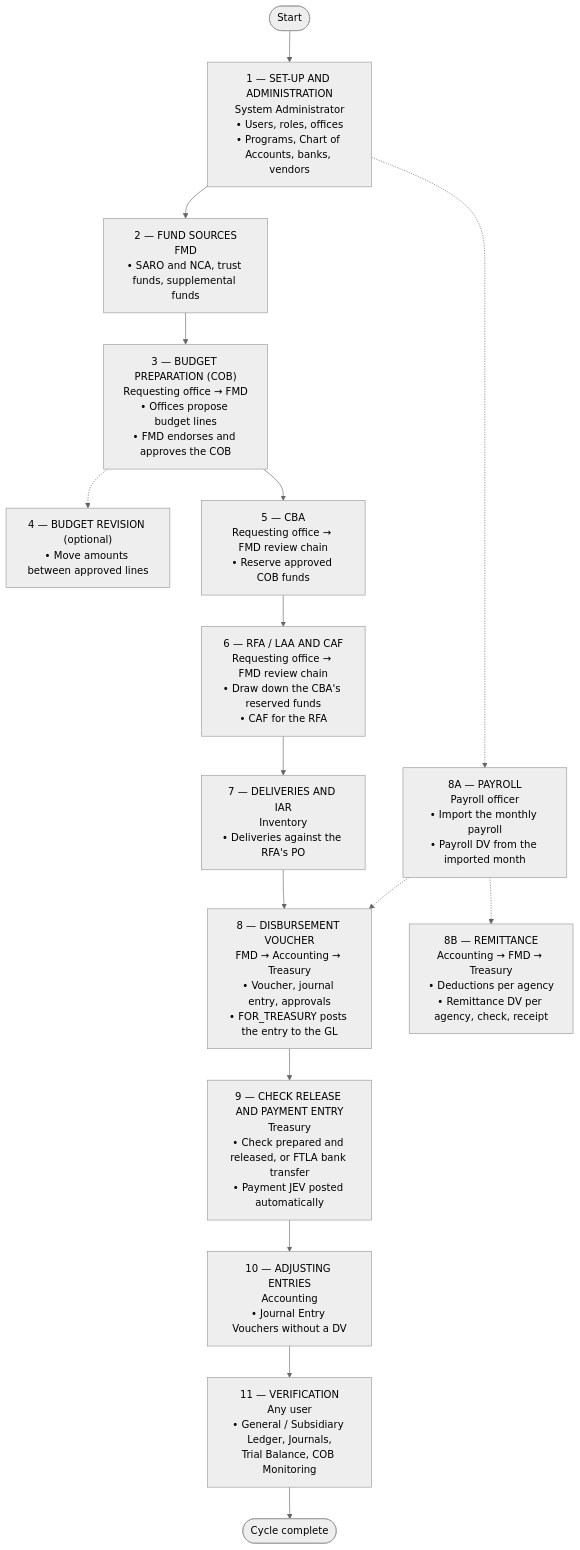
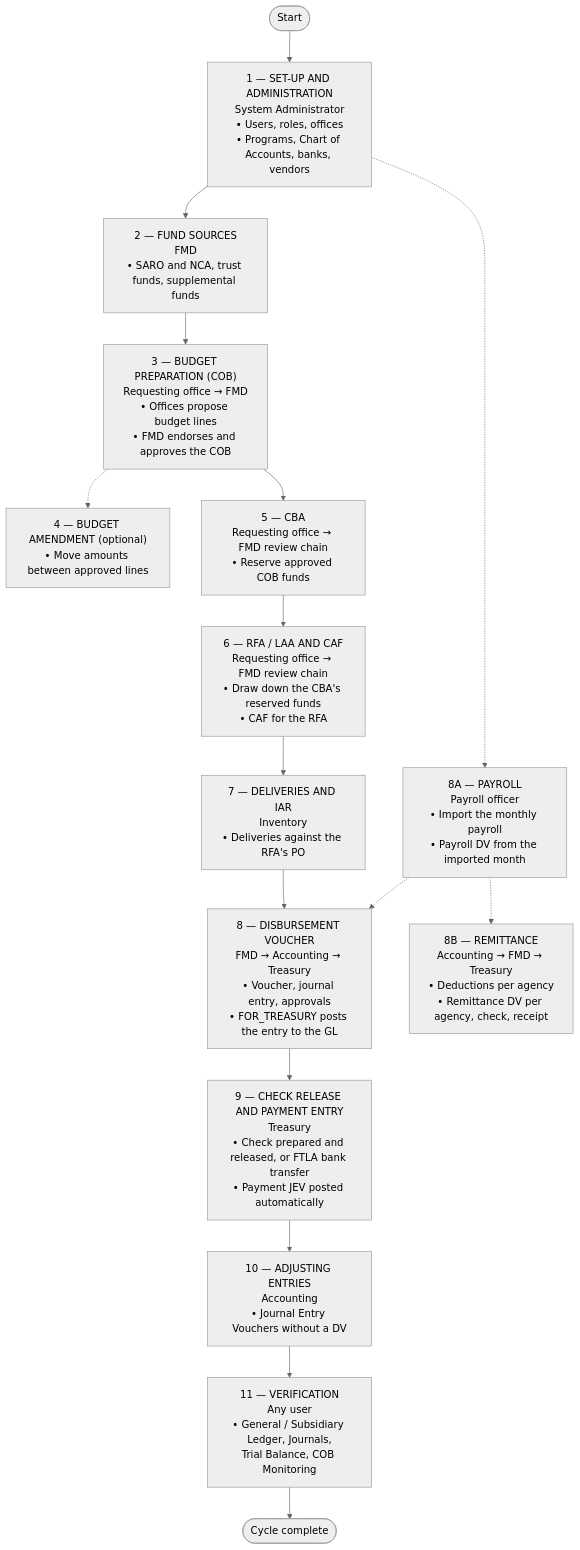
One commit to A-team-ITBS/fims-nha changed the first of 14 diagrams in system_docs/process-flow/PROCESS-FLOW.md. Above: the diagram before and after it, drawn with Mermaid (neutral theme). The commit also changed other lines of this file and 14 other files, not shown here.

````diff
--- a/system_docs/process-flow/PROCESS-FLOW.md
+++ b/system_docs/process-flow/PROCESS-FLOW.md
@@ -72,18 +72,18 @@
 ```mermaid
 flowchart TD
     START(["Start"]) --> A["1 — SET-UP AND ADMINISTRATION<br/>System Administrator<br/>• Users, roles, offices<br/>• Programs, Chart of Accounts, banks, vendors"]
     A --> FS["2 — FUND SOURCES<br/>FMD<br/>• SARO and NCA, trust funds, supplemental funds"]
     FS --> B["3 — BUDGET PREPARATION (COB)<br/>Requesting office → FMD<br/>• Offices propose budget lines<br/>• FMD endorses and approves the COB"]
-    B -.-> REV["4 — BUDGET REVISION (optional)<br/>• Move amounts between approved lines"]
+    B -.-> REV["4 — BUDGET AMENDMENT (optional)<br/>• Move amounts between approved lines"]
     B --> C["5 — CBA<br/>Requesting office → FMD review chain<br/>• Reserve approved COB funds"]
     C --> D["6 — RFA / LAA AND CAF<br/>Requesting office → FMD review chain<br/>• Draw down the CBA's reserved funds<br/>• CAF for the RFA"]
     D --> IAR["7 — DELIVERIES AND IAR<br/>Inventory<br/>• Deliveries against the RFA's PO"]
     A -.-> PR["8A — PAYROLL<br/>Payroll officer<br/>• Import the monthly payroll<br/>• Payroll DV from the imported month"]
     PR -.-> E
     PR -.-> RM["8B — REMITTANCE<br/>Accounting → FMD → Treasury<br/>• Deductions per agency<br/>• Remittance DV per agency, check, receipt"]
     IAR --> E["8 — DISBURSEMENT VOUCHER<br/>FMD → Accounting → Treasury<br/>• Voucher, journal entry, approvals<br/>• FOR_TREASURY posts the entry to the GL"]
     E --> F["9 — CHECK RELEASE AND PAYMENT ENTRY<br/>Treasury<br/>• Check prepared and released, or FTLA bank transfer<br/>• Payment JEV posted automatically"]
     F --> J["10 — ADJUSTING ENTRIES<br/>Accounting<br/>• Journal Entry Vouchers without a DV"]
     J --> V["11 — VERIFICATION<br/>Any user<br/>• General / Subsidiary Ledger, Journals,<br/>Trial Balance, COB Monitoring"]
     V --> END(["Cycle complete"])
 ```
````
